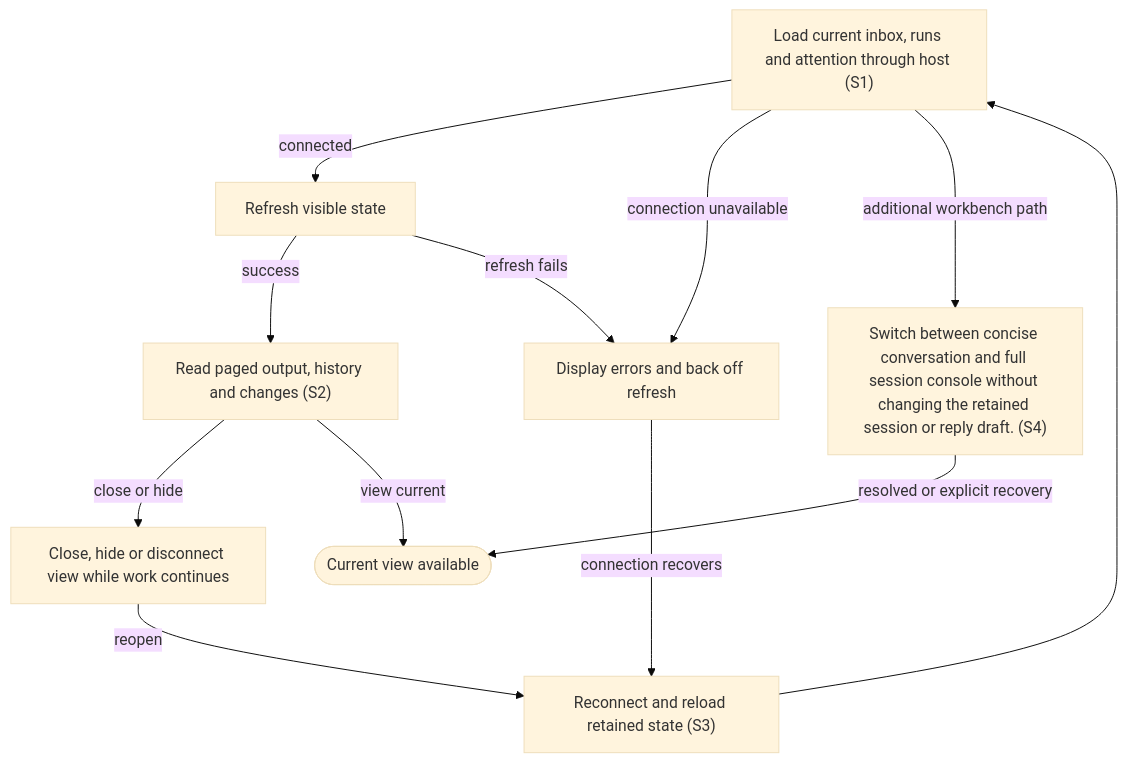
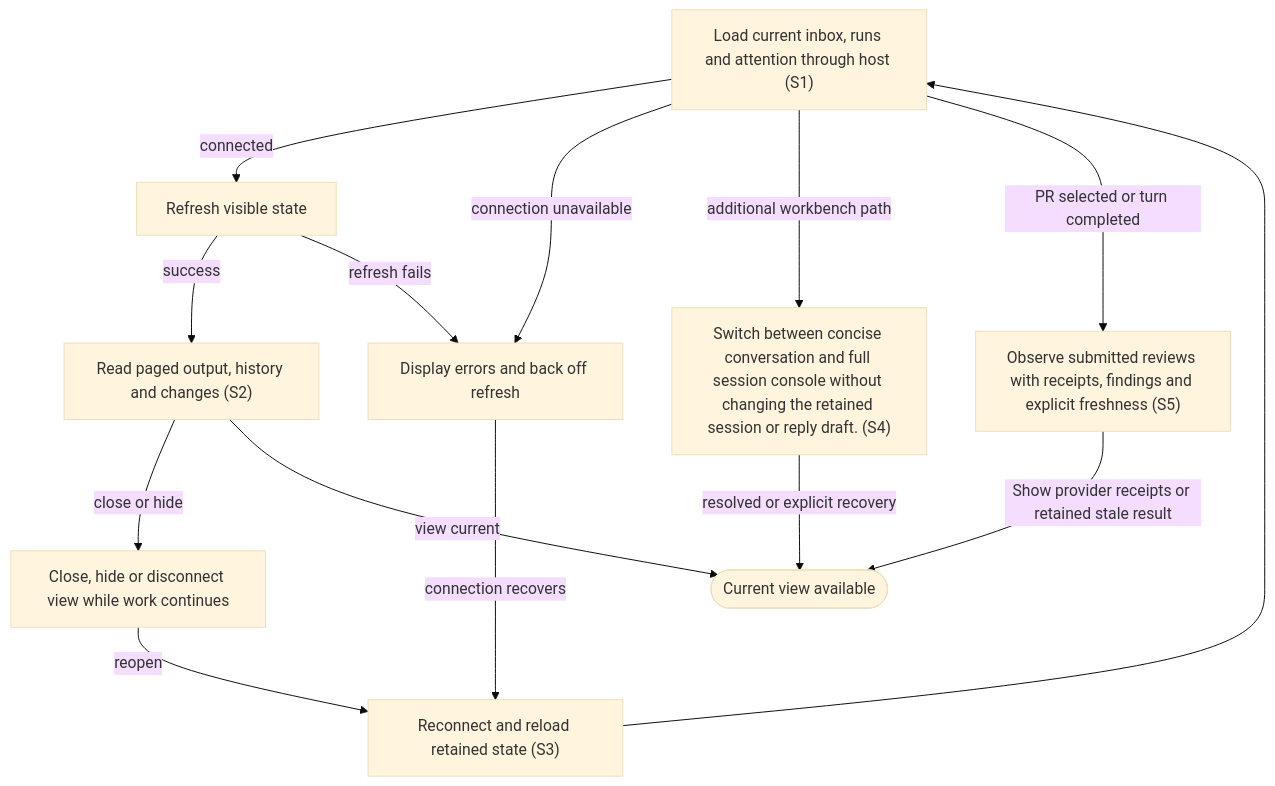
The diagram in docs/user-flows/view-live-work.md (dk-code-factory/code-factory-plugin), drawn with Mermaid (base theme) before and after one commit. The commit also changed other lines of this file and 48 other files, not shown here.

First line of the commit message:
Show verified GitHub reviews in PR conversations

````diff
--- a/docs/user-flows/view-live-work.md
+++ b/docs/user-flows/view-live-work.md
@@ -42,22 +45,25 @@
 ```mermaid
 flowchart TD
     N0["Load current inbox, runs and attention through host #40;S1#41;"]
     N1["Refresh visible state"]
     N2["Read paged output, history and changes #40;S2#41;"]
     N3["Close, hide or disconnect view while work continues"]
     N4["Display errors and back off refresh"]
     N5["Reconnect and reload retained state #40;S3#41;"]
     N6(["Current view available"])
     N7["Switch between concise conversation and full session console without changing the retained session or reply draft. #40;S4#41;"]
+    N8["Observe submitted reviews with receipts, findings and explicit freshness #40;S5#41;"]
     N0 -->|"connected"| N1
     N0 -->|"connection unavailable"| N4
     N1 -->|"success"| N2
     N1 -->|"refresh fails"| N4
     N2 -->|"close or hide"| N3
     N3 -->|"reopen"| N5
     N4 -->|"connection recovers"| N5
     N5 --> N0
     N2 -->|"view current"| N6
     N0 -->|"additional workbench path"| N7
     N7 -->|"resolved or explicit recovery"| N6
+    N0 -->|"PR selected or turn completed"| N8
+    N8 -->|"Show provider receipts or retained stale result"| N6
 ```
````
